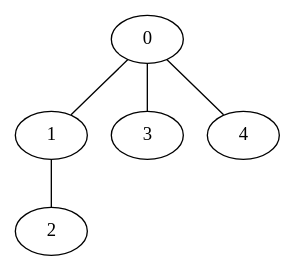
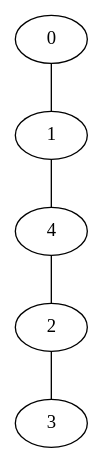
Before and after one commit to iagomcanuto/tecnicas-programacao-avancada: the diagram in grafos/output/Grafo-Prim.dot, drawn with Graphviz. The commit also changed 3 other files, not shown here.

```diff
--- a/grafos/output/Grafo-Prim.dot
+++ b/grafos/output/Grafo-Prim.dot
@@ -1,11 +1,11 @@
 graph Grafo{
 0;
 1;
 2;
 3;
 4;
 0--1;
-1--2;
-0--3;
-0--4;
+4--2;
+2--3;
+1--4;
 }
```
